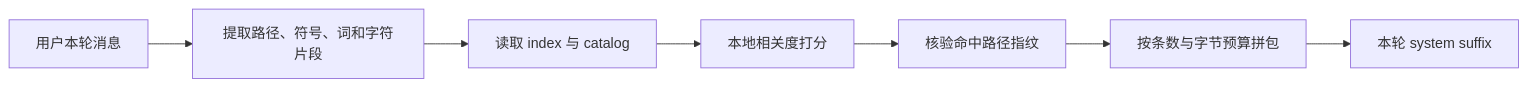
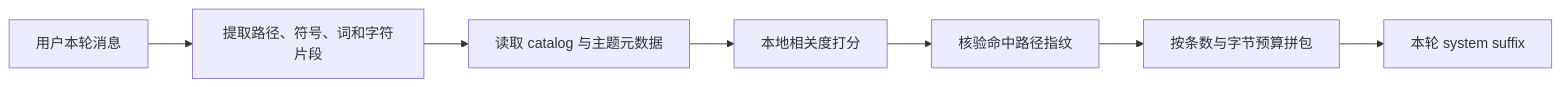
Before and after one commit to relic-yuexi/LubanCode: the diagram in docs/memory-system-design.md, drawn with Mermaid. The commit also changed other lines of this file and 20 other files, not shown here.

````diff
--- a/docs/memory-system-design.md
+++ b/docs/memory-system-design.md
@@ -224,9 +242,9 @@
 ```mermaid
 flowchart LR
     U[用户本轮消息] --> Q[提取路径、符号、词和字符片段]
-    Q --> I[读取 index 与 catalog]
+    Q --> I[读取 catalog 与主题元数据]
     I --> S[本地相关度打分]
     S --> F[核验命中路径指纹]
     F --> B[按条数与字节预算拼包]
     B --> A[本轮 system suffix]
 ```
````
